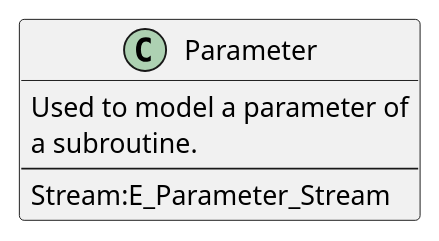
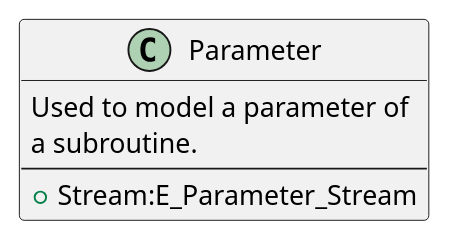
The diagram in Meta-Classes/Parameter.puml (HomeMadeBots/Embedded_Software_Meta_Model), drawn with PlantUML before and after one commit. The commit also changed 8 other files, not shown here.

```diff
--- a/Meta-Classes/Parameter.puml
+++ b/Meta-Classes/Parameter.puml
@@ -1,11 +1,11 @@
 @startuml
 
 class Parameter
 {
   Used to model a parameter of
   a subroutine.
   --
-  Stream:E_Parameter_Stream
+  + Stream:E_Parameter_Stream
 }
 
 @enduml
```
